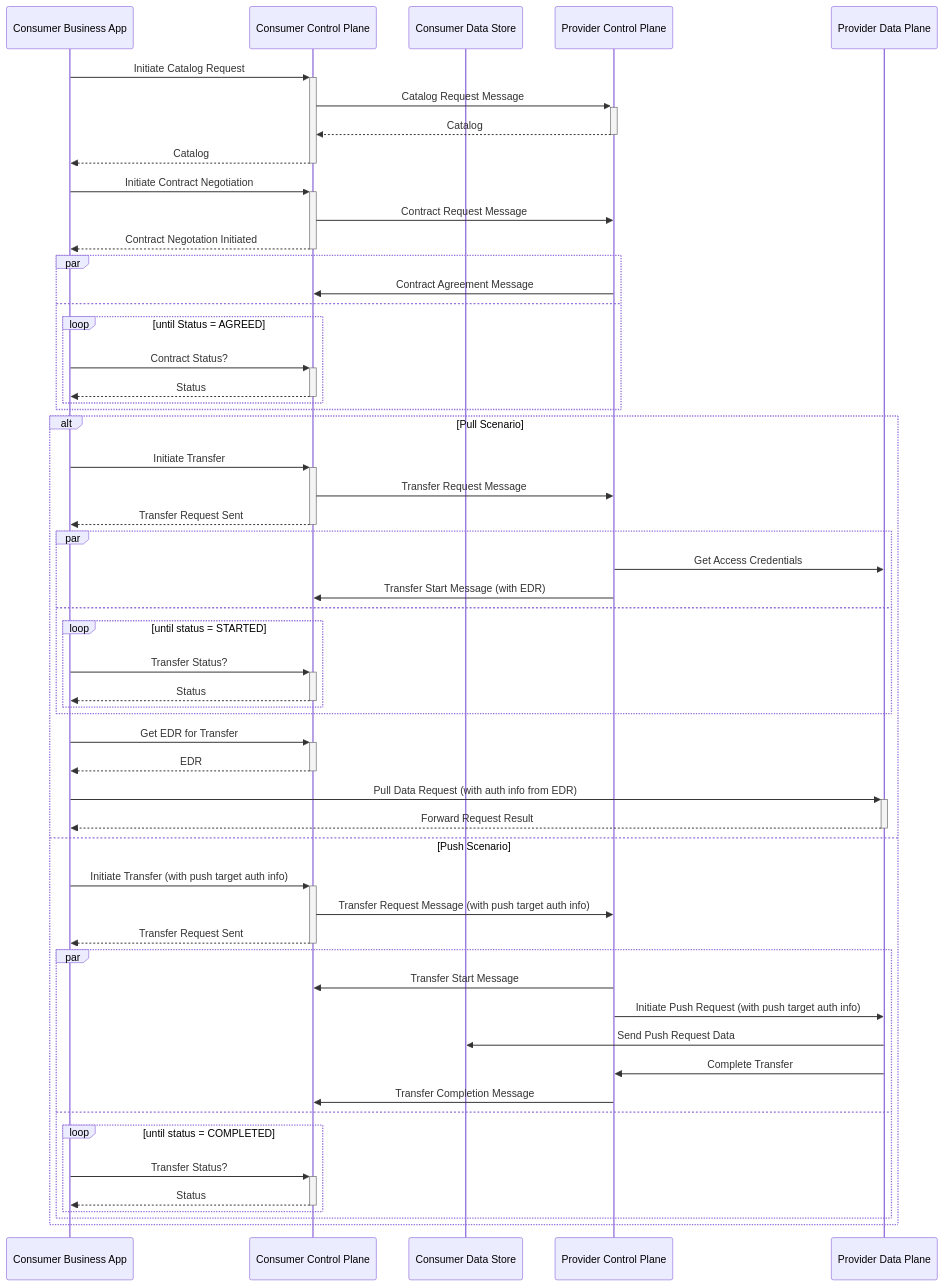
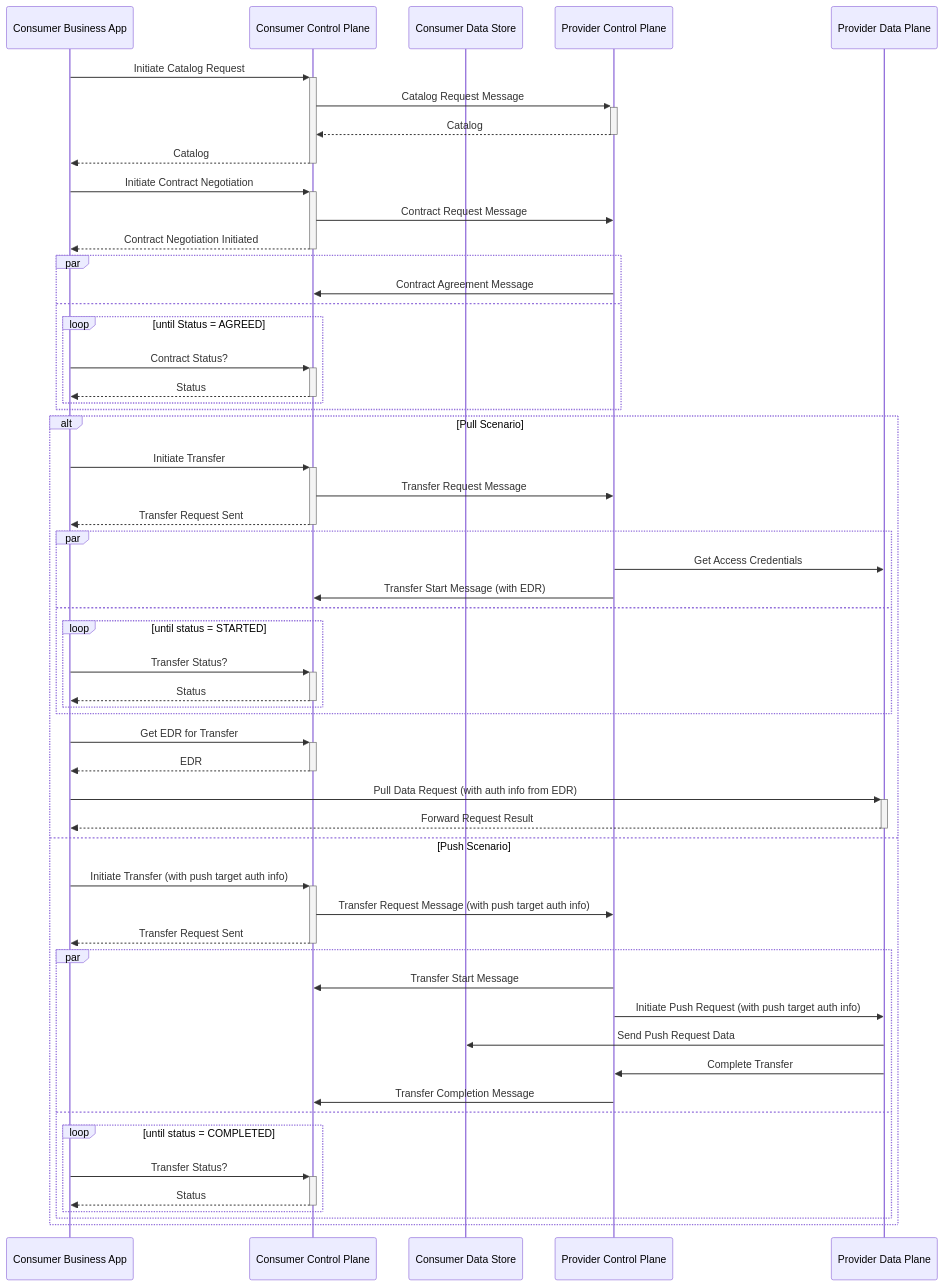
One commit to eclipse-tractusx/eclipse-tractusx.github.io changed the diagram in docs-kits/kits/connector-kit/software-development-view/architecture.md. Above: the diagram before and after it, drawn with Mermaid. The commit also changed other lines of this file and 7 other files, not shown here.

````diff
--- a/docs-kits/kits/connector-kit/software-development-view/architecture.md
+++ b/docs-kits/kits/connector-kit/software-development-view/architecture.md
@@ -37,65 +37,65 @@
 ```mermaid
 sequenceDiagram
 
 participant cba as Consumer Business App
     participant ccp as Consumer Control Plane
     participant cds as Consumer Data Store
     participant pcp as Provider Control Plane
     participant pdp as Provider Data Plane
 
     cba->>+ccp: Initiate Catalog Request
     ccp->>+pcp: Catalog Request Message
     pcp-->>-ccp: Catalog
     ccp-->>-cba: Catalog
 
     cba->>+ccp: Initiate Contract Negotiation
     ccp->>pcp: Contract Request Message
-    ccp-->>-cba: Contract Negotation Initiated
+    ccp-->>-cba: Contract Negotiation Initiated
     par
       pcp->>ccp: Contract Agreement Message
     and
       loop until Status = AGREED
         cba->>+ccp: Contract Status?
         ccp-->>-cba: Status
       end
     end
 
     alt Pull Scenario
       cba->>+ccp: Initiate Transfer
       ccp->>pcp: Transfer Request Message
       ccp-->>-cba: Transfer Request Sent
 
       par
         pcp->>pdp: Get Access Credentials
         pcp->>ccp: Transfer Start Message (with EDR)
       and
         loop until status = STARTED
           cba->>+ccp: Transfer Status?
           ccp-->>-cba: Status
         end
       end
 
       cba->>+ccp: Get EDR for Transfer
       ccp-->>-cba: EDR
 
       cba->>+pdp: Pull Data Request (with auth info from EDR)
       pdp-->>-cba: Forward Request Result
     else Push Scenario
       cba->>+ccp: Initiate Transfer (with push target auth info)
       ccp->>pcp: Transfer Request Message (with push target auth info)
       ccp-->>-cba: Transfer Request Sent
 
       par
         pcp->>ccp: Transfer Start Message
         pcp->>pdp: Initiate Push Request (with push target auth info)
         pdp->>cds: Send Push Request Data
         pdp->>pcp: Complete Transfer
         pcp->>ccp: Transfer Completion Message
       and
         loop until status = COMPLETED
           cba->>+ccp: Transfer Status?
           ccp-->>-cba: Status
         end
       end
     end
 ```
````
